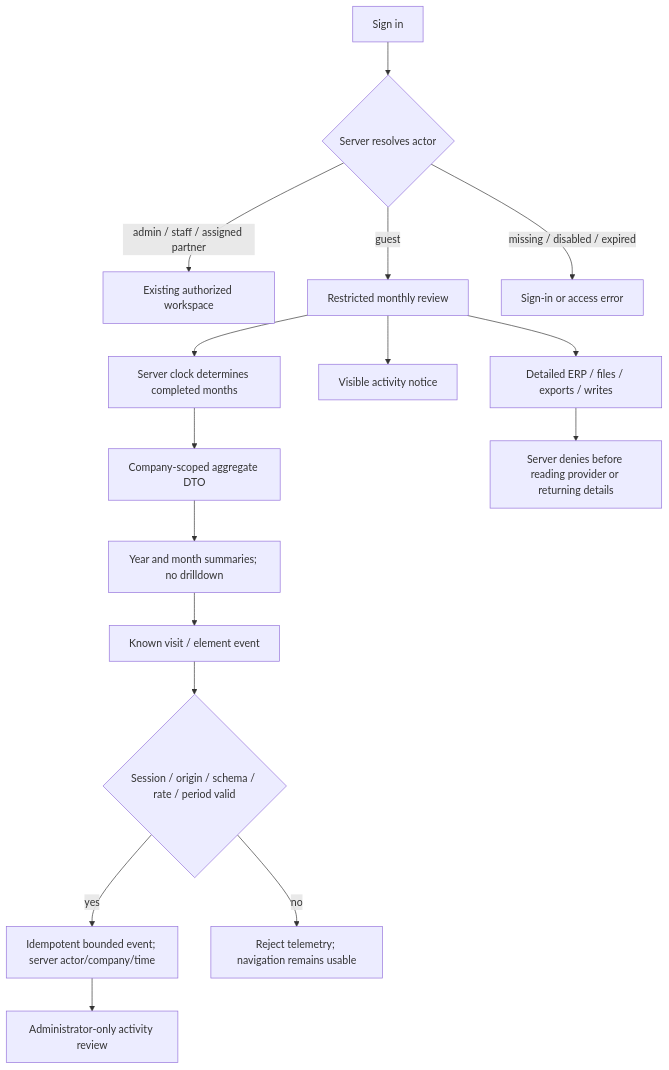
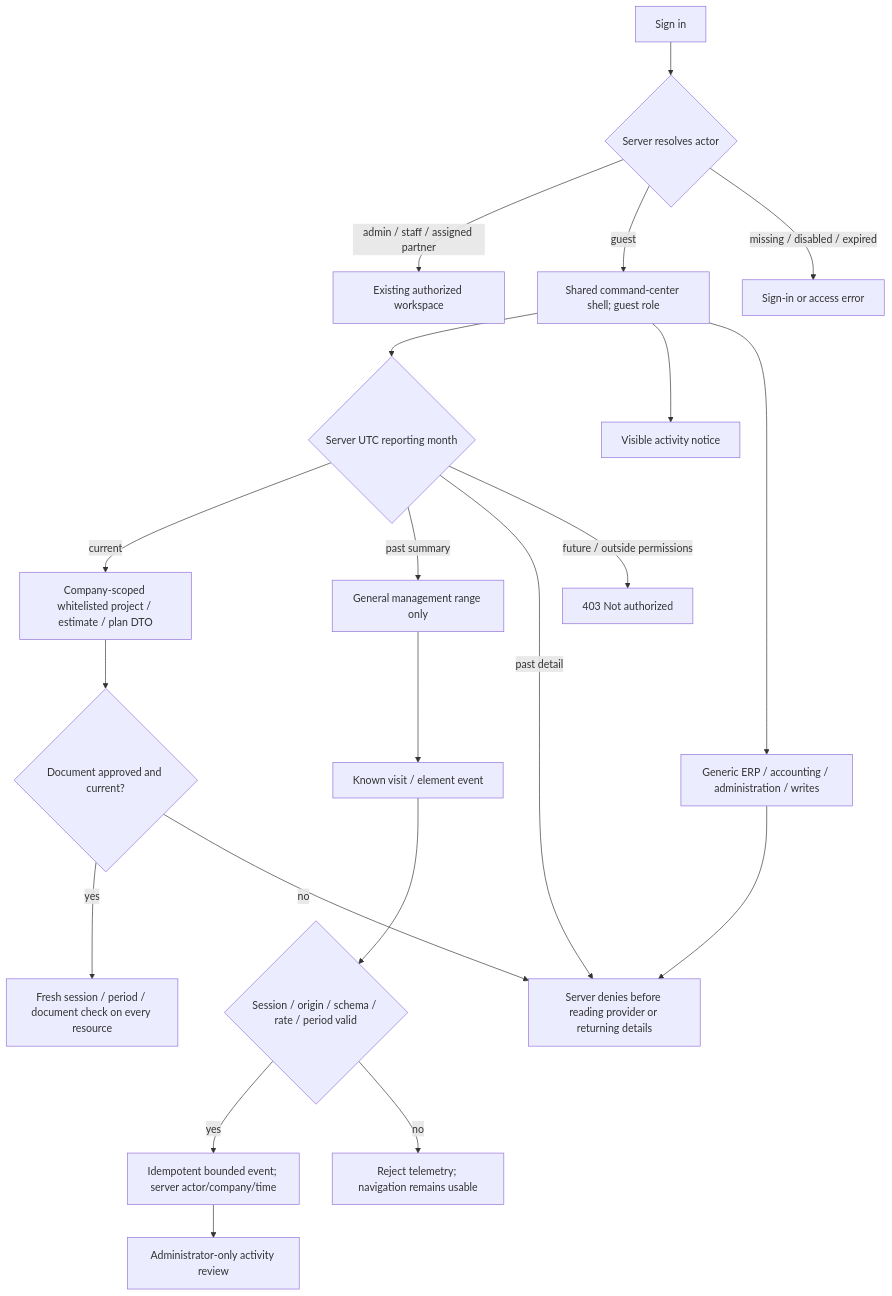
One commit to taylord0410/tayco-website changed the first of 3 diagrams in docs/guest-review-flow.md. Above: the diagram before and after it, drawn with Mermaid. The commit also changed other lines of this file and 27 other files, not shown here.

Commit message:
feat(guest): share full command navigation with current-month read-only data

````diff
--- a/docs/guest-review-flow.md
+++ b/docs/guest-review-flow.md
@@ -22,18 +23,23 @@
 ```mermaid
 flowchart TD
   L[Sign in] --> A{Server resolves actor}
   A -->|admin / staff / assigned partner| P[Existing authorized workspace]
-  A -->|guest| G[Restricted monthly review]
+  A -->|guest| G[Shared command-center shell; guest role]
   A -->|missing / disabled / expired| X[Sign-in or access error]
-  G --> C[Server clock determines completed months]
-  C --> D[Company-scoped aggregate DTO]
-  D --> V[Year and month summaries; no drilldown]
+  G --> C{Server UTC reporting month}
+  C -->|current| D[Company-scoped whitelisted project / estimate / plan DTO]
+  C -->|past summary| V[General management range only]
+  C -->|past detail| Z[403 Month closed]
+  C -->|future / outside permissions| QX[403 Not authorized]
+  D --> T{Document approved and current?}
+  T -->|yes| U[Fresh session / period / document check on every resource]
+  T -->|no| Z
   G --> N[Visible activity notice]
   V --> E[Known visit / element event]
   E --> Q{Session / origin / schema / rate / period valid}
   Q -->|yes| R[Idempotent bounded event; server actor/company/time]
   Q -->|no| F[Reject telemetry; navigation remains usable]
   R --> H[Administrator-only activity review]
-  G --> B[Detailed ERP / files / exports / writes]
+  G --> B[Generic ERP / accounting / administration / writes]
   B --> Z[Server denies before reading provider or returning details]
 ```
````
